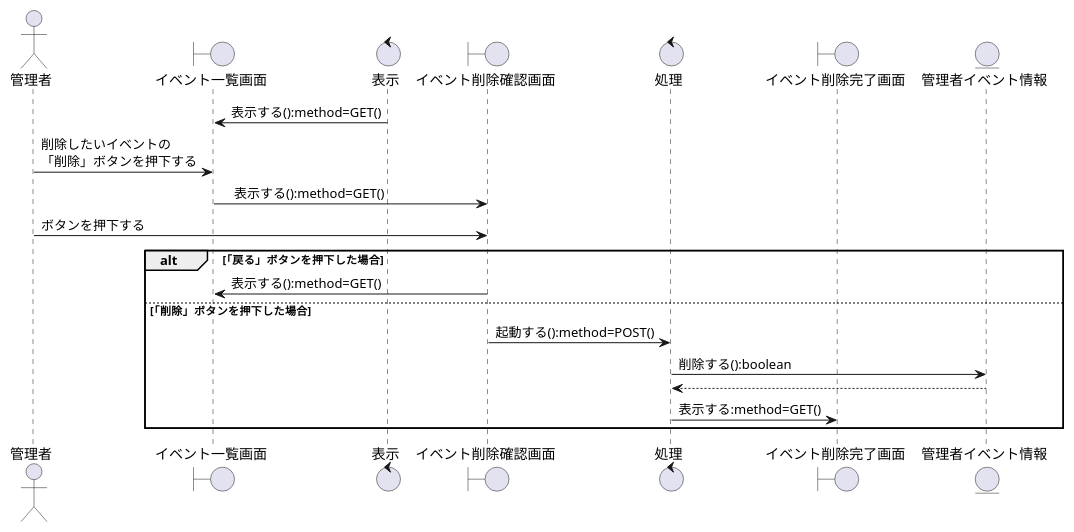
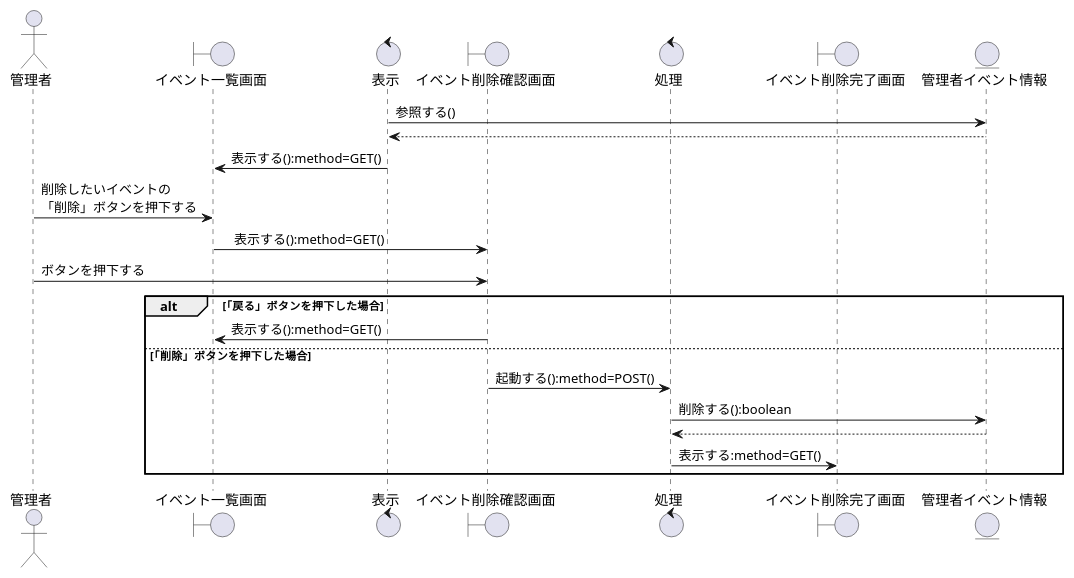
The diagram in お城/お城/設計書/シーケンス図/管理者/イベント情報機能/シーケンス図_管理者がイベント情報を削除する.pu (K-Rinrin/GroupE), drawn with PlantUML before and after one commit. The commit also changed 4 other files, not shown here.

```diff
--- a/お城/お城/設計書/シーケンス図/管理者/イベント情報機能/シーケンス図_管理者がイベント情報を削除する.pu
+++ b/お城/お城/設計書/シーケンス図/管理者/イベント情報機能/シーケンス図_管理者がイベント情報を削除する.pu
@@ -1,35 +1,37 @@
 @startuml 管理者がイベント情報を削除する
 
 
 ' ========================================
 ' 登場モノの定義
 ' ========================================
 actor "管理者" as Admin
 boundary "イベント一覧画面" as b1
 control "表示" as c1
 boundary "イベント削除確認画面" as b2
 control "処理" as c2
 boundary "イベント削除完了画面" as b3
 entity "管理者イベント情報" as e1
 
 ' ========================================
 ' シーケンスの流れ
 ' ========================================
 
+c1 -> e1 : 参照する()
+c1 <-- e1
 c1 -> b1 : 表示する():method=GET()
 Admin -> b1 : 削除したいイベントの\n「削除」ボタンを押下する
 b1 -> b2 :　表示する():method=GET()
 Admin -> b2 : ボタンを押下する
 
 alt 「戻る」ボタンを押下した場合
     b2 -> b1 : 表示する():method=GET()
 else 「削除」ボタンを押下した場合
     b2 -> c2 : 起動する():method=POST()
     c2 -> e1 : 削除する():boolean
     e1 --> c2
     c2 -> b3 : 表示する:method=GET()
 end
 
 
 
 @enduml
```
